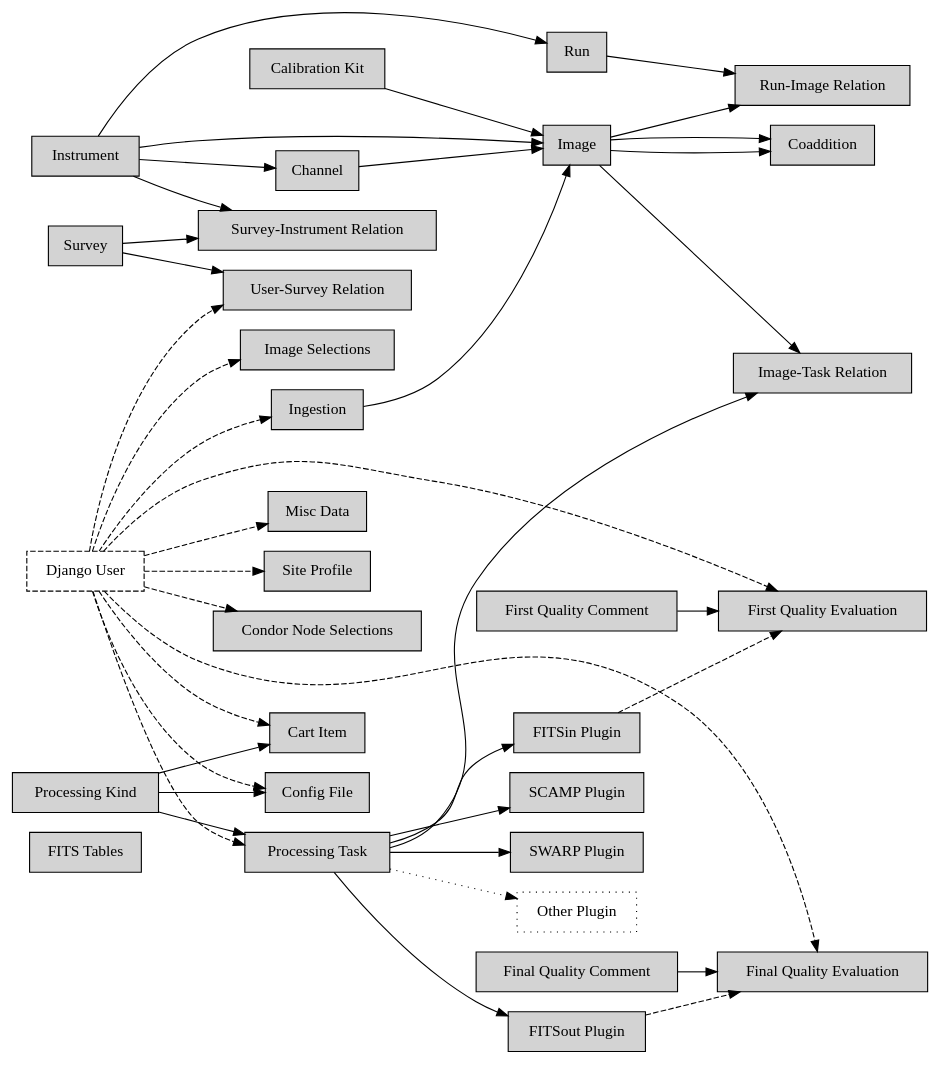
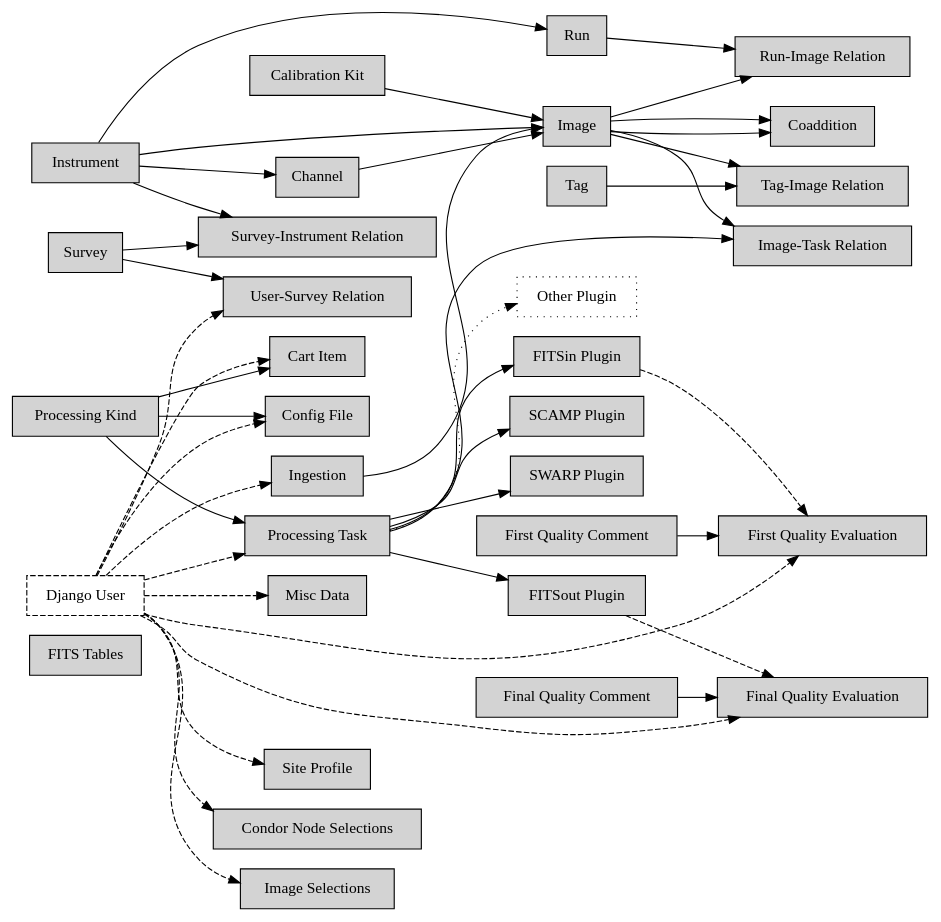
The diagram in doc/handbook/figures/codasyl.dot (gotsunami/Youpi), drawn with Graphviz before and after one commit. The commit also changed 3 other files, not shown here.

```diff
--- a/doc/handbook/figures/codasyl.dot
+++ b/doc/handbook/figures/codasyl.dot
@@ -1,81 +1,84 @@
 /*
  * Youpi's CODASYL logical model
  *
  */
 digraph codasyl { 
 	rankdir = LR;
 	node [shape = box, style = filled];
 
 	/* Standalone records */
 	"FITS Tables";
 
 	/* Linked records */
 	calib [label="Calibration Kit"];
 	imgsel [label="Image Selections"];
 	task [label="Processing Task"];
 	relri [label="Run-Image Relation"];
 	carti [label="Cart Item"];
 	relsi [label="Survey-Instrument Relation"];
 	relit [label="Image-Task Relation"];
 	relus [label="User-Survey Relation"];
+	reltagi [label="Tag-Image Relation"];
 	kind [label="Processing Kind"];
 	plugfitsin [label="FITSin Plugin"];
 	plugfitsout [label="FITSout Plugin"];
 	plugscamp [label="SCAMP Plugin"];
 	plugswarp [label="SWARP Plugin"];
 	plugother [label="Other Plugin", style=dotted];
 	user [label="Django User", style=dashed];
 	miscdata [label="Misc Data"];
 	configfile [label="Config File"];
 	ingrading [label="First Quality Evaluation"];
 	outgrading [label="Final Quality Evaluation"];
 	incomment [label="First Quality Comment"];
 	outcomment [label="Final Quality Comment"];
 	siteprofile [label="Site Profile"];
 	condornodesel [label="Condor Node Selections"];
 
 	/* Sets */
 	calib -> Image;
 	Channel -> Image;
 	Ingestion -> Image;
 	Instrument -> Image;
 	Image -> Coaddition;
 	Image -> Coaddition;
 	Image -> relri;
 	Image -> relit;
+	Image -> reltagi;
 	task -> plugfitsin;
 	task -> plugfitsout;
 	task -> plugscamp;
 	task -> plugswarp;
 	task -> plugother[style=dotted];
 	Run -> relri;
 
 	user -> carti[style=dashed];
 	user -> task[style=dashed];
 	user -> Ingestion[style=dashed];
 	user -> imgsel[style=dashed];
 	user -> miscdata[style=dashed];
 	user -> configfile[style=dashed];
 	user -> ingrading[style=dashed];
 	user -> outgrading[style=dashed];
 	user -> siteprofile[style=dashed];
 	user -> condornodesel[style=dashed];
 	user -> relus[style=dashed];
 	plugfitsin -> ingrading[style=dashed];
 	plugfitsout -> outgrading[style=dashed];
 	
 	Instrument -> Channel;
 	Instrument -> Run;
 	Survey -> relsi;
 	Survey -> relus;
 	Instrument -> relsi;
 
 	kind -> task;
 	kind -> configfile;
 	kind -> carti;
 
 	task -> relit;
+	Tag -> reltagi;
 
 	incomment -> ingrading;
 	outcomment -> outgrading;
 } 
```
